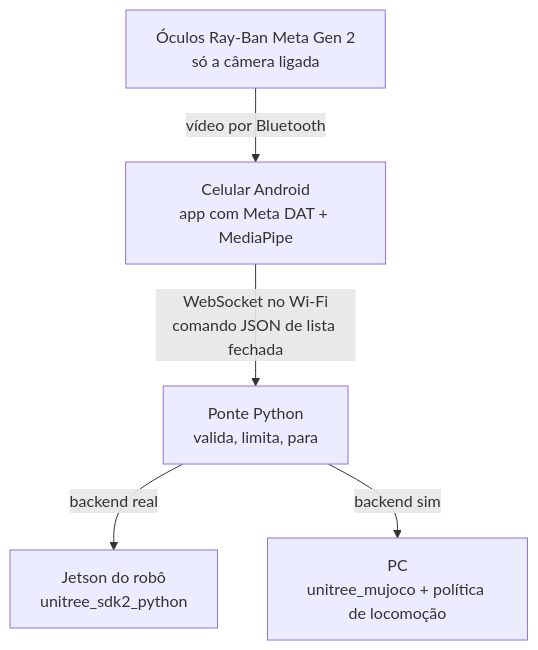
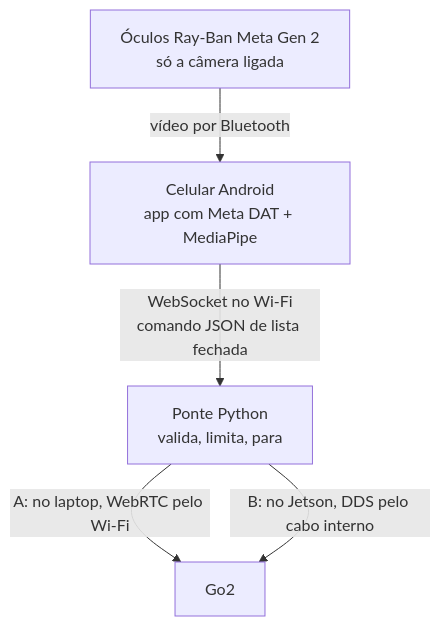
Before and after one commit to Lucas-byte123/Meta-Unitree-Lucas: the diagram in README.md, drawn with Mermaid. The commit also changed other lines of this file and 7 other files, not shown here.

````diff
--- a/README.md
+++ b/README.md
@@ -35,7 +35,7 @@
 ```mermaid
 flowchart TD
     A["Óculos Ray-Ban Meta Gen 2<br/>só a câmera ligada"] -->|vídeo por Bluetooth| B["Celular Android<br/>app com Meta DAT + MediaPipe"]
     B -->|"WebSocket no Wi-Fi<br/>comando JSON de lista fechada"| C["Ponte Python<br/>valida, limita, para"]
-    C -->|backend real| D["Jetson do robô<br/>unitree_sdk2_python"]
-    C -->|backend sim| E["PC<br/>unitree_mujoco + política de locomoção"]
+    C -->|"A: no laptop, WebRTC pelo Wi-Fi"| D["Go2"]
+    C -->|"B: no Jetson, DDS pelo cabo interno"| D
 ```
````
